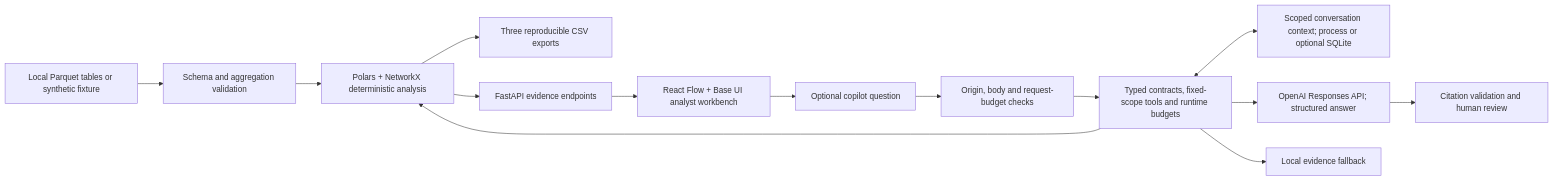
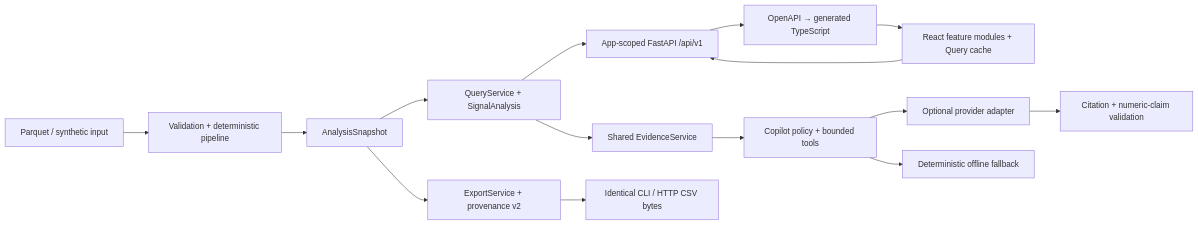
One commit to BAITC-Hacks/hack-5263c4cc-webspace changed the diagram in docs/architecture.md. Above: the diagram before and after it, drawn with Mermaid. The commit also changed other lines of this file and 16 other files, not shown here.

Commit message:
chore: verify modular architecture across local runtimes

````diff
--- a/docs/architecture.md
+++ b/docs/architecture.md
@@ -13,16 +13,17 @@
 ```mermaid
 flowchart LR
-  P["Local Parquet tables or synthetic fixture"] --> V["Schema and aggregation validation"]
-  V --> E["Polars + NetworkX deterministic analysis"]
-  E --> C["Three reproducible CSV exports"]
-  E --> A["FastAPI evidence endpoints"]
-  A --> U["React Flow + Base UI analyst workbench"]
-  U --> Q["Optional copilot question"]
-  Q --> B["Origin, body and request-budget checks"]
-  B --> G["Typed contracts, fixed-scope tools and runtime budgets"]
-  G <--> M["Scoped conversation context; process or optional SQLite"]
-  G --> E
-  G --> O["OpenAI Responses API; structured answer"]
-  O --> R["Citation validation and human review"]
-  G --> F["Local evidence fallback"]
+  P["Parquet / synthetic input"] --> V["Validation + deterministic pipeline"]
+  V --> S["AnalysisSnapshot"]
+  S --> QS["QueryService + SignalAnalysis"]
+  S --> ES["ExportService + provenance v2"]
+  ES --> CSV["Identical CLI / HTTP CSV bytes"]
+  QS --> API["App-scoped FastAPI /api/v1"]
+  QS --> EV["Shared EvidenceService"]
+  EV --> AI["Copilot policy + bounded tools"]
+  AI --> O["Optional provider adapter"]
+  O --> CV["Citation + numeric-claim validation"]
+  API --> TS["OpenAPI → generated TypeScript"]
+  TS --> UI["React feature modules + Query cache"]
+  UI --> API
+  AI --> F["Deterministic offline fallback"]
 ```
````
